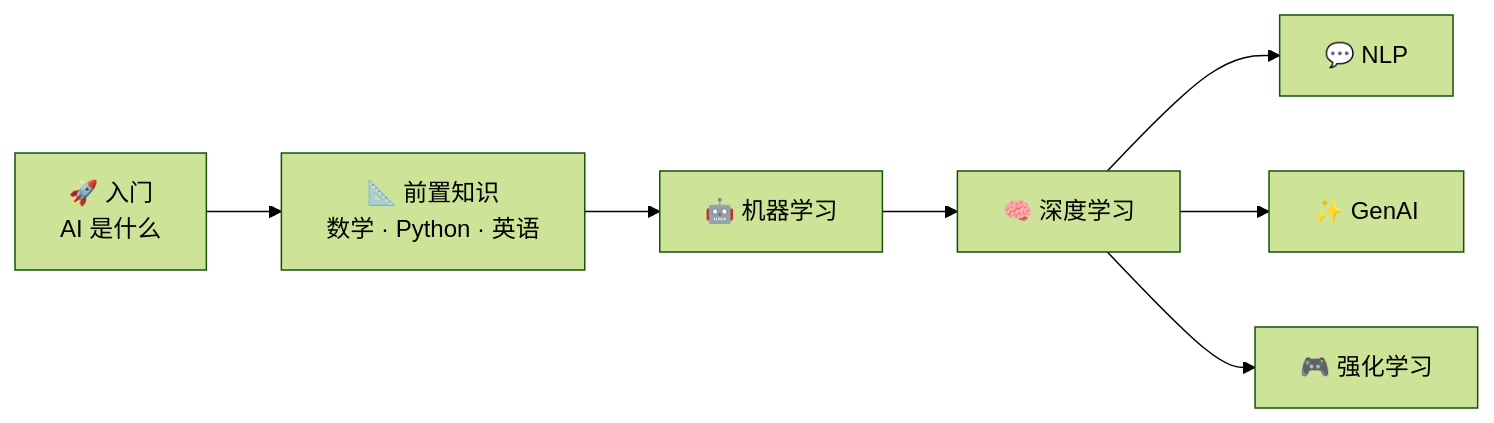
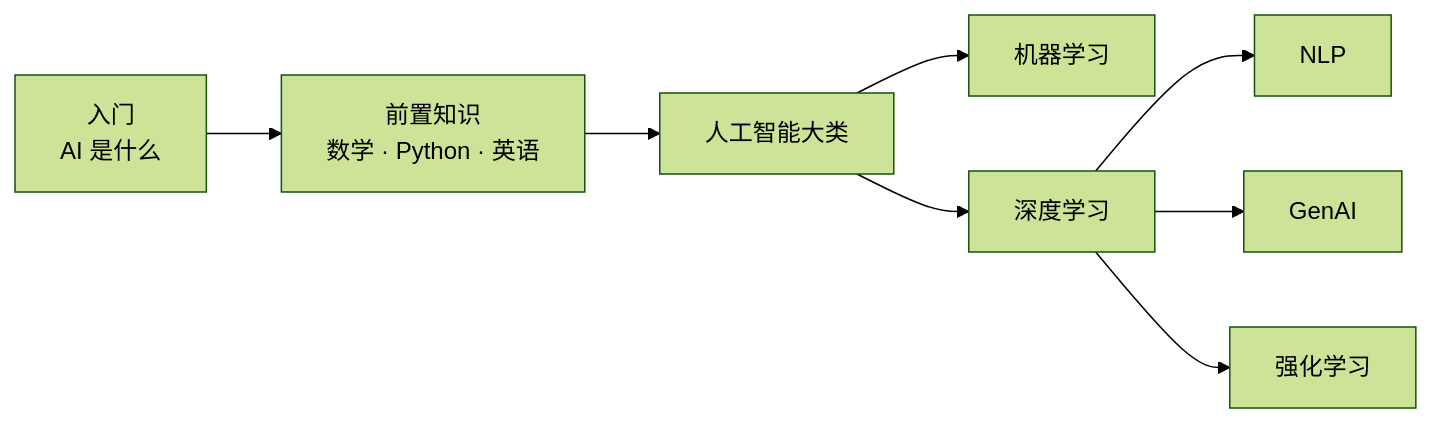
The diagram in content/roadmap.md (1921419148-dev/ai-from-scratch), drawn with Mermaid (forest theme) before and after one commit. The commit also changed other lines of this file and 19 other files, not shown here.

````diff
--- a/content/roadmap.md
+++ b/content/roadmap.md
@@ -11,9 +11,10 @@
 ```mermaid
 flowchart LR
-    A[🚀 入门<br/>AI 是什么] --> B[📐 前置知识<br/>数学 · Python · 英语]
-    B --> C[🤖 机器学习]
-    C --> D[🧠 深度学习]
-    D --> E1[💬 NLP]
-    D --> E2[✨ GenAI]
-    D --> E3[🎮 强化学习]
+    A[入门<br/>AI 是什么] --> B[前置知识<br/>数学 · Python · 英语]
+    B --> C[人工智能大类]
+    C --> C1[机器学习]
+    C --> C2[深度学习]
+    C2 --> D1[NLP]
+    C2 --> D2[GenAI]
+    C2 --> D3[强化学习]
 ```
````
